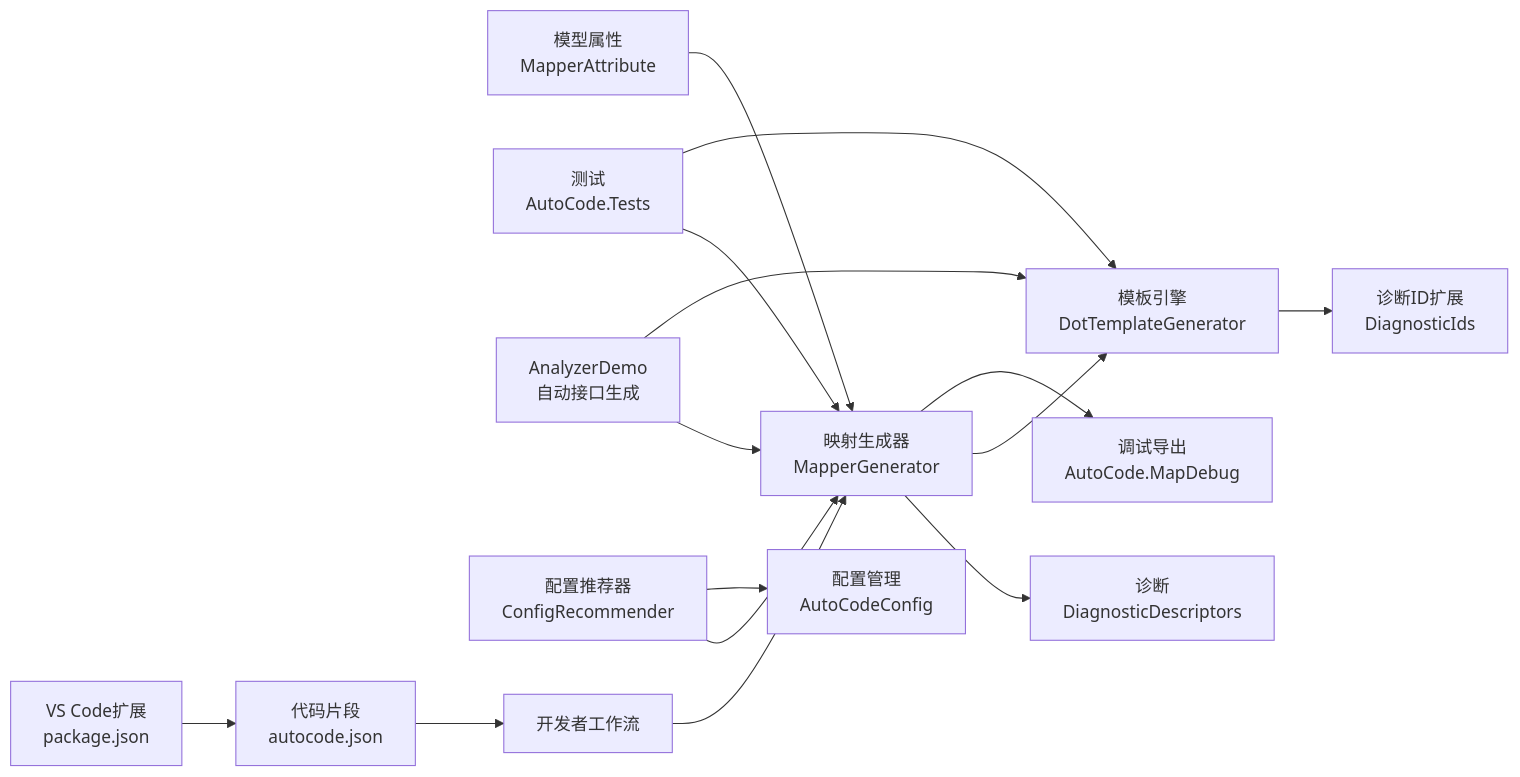
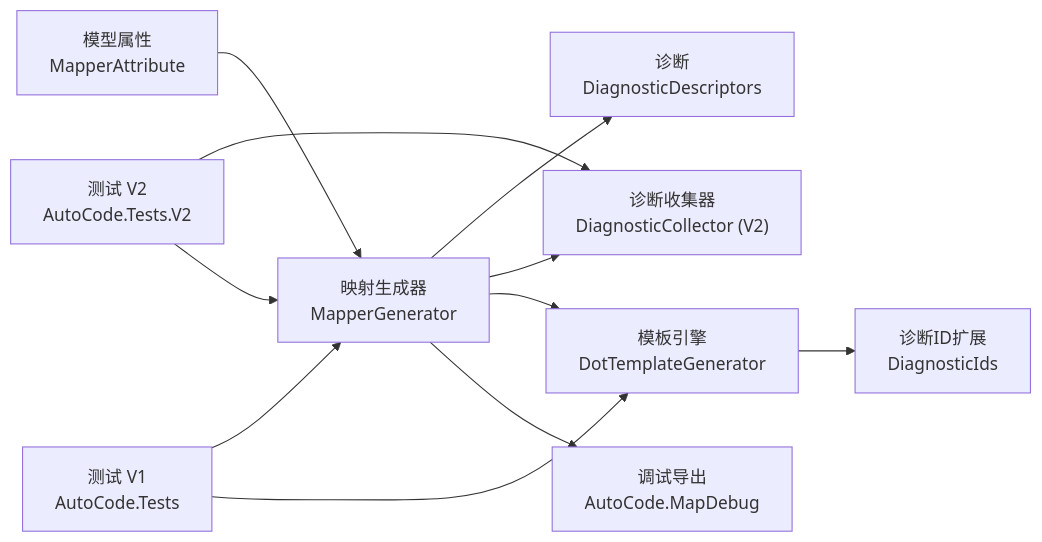
Before and after one commit to alivy/AutoCode: the fourth of 4 diagrams in .qoder/repowiki/zh/content/调试与诊断/调试与诊断.md, drawn with Mermaid. The commit also changed other lines of this file and 279 other files, not shown here.

````diff
--- a/.qoder/repowiki/zh/content/调试与诊断/调试与诊断.md
+++ b/.qoder/repowiki/zh/content/调试与诊断/调试与诊断.md
@@ -348,17 +265,13 @@
 ```mermaid
 graph LR
 Attr["模型属性<br/>MapperAttribute"] --> Gen["映射生成器<br/>MapperGenerator"]
 Gen --> Diag["诊断<br/>DiagnosticDescriptors"]
+Gen --> DC["诊断收集器<br/>DiagnosticCollector (V2)"]
 Gen --> Tpl["模板引擎<br/>DotTemplateGenerator"]
 Tpl --> DiagExt["诊断ID扩展<br/>DiagnosticIds"]
 Gen --> Debug["调试导出<br/>AutoCode.MapDebug"]
-Tests["测试<br/>AutoCode.Tests"] --> Gen
+Tests["测试 V1<br/>AutoCode.Tests"] --> Gen
 Tests --> Tpl
-ADemo["AnalyzerDemo<br/>自动接口生成"] --> Gen
-ADemo --> Tpl
-ConfigRec["配置推荐器<br/>ConfigRecommender"] --> Gen
-ConfigRec --> ConfigMgr["配置管理<br/>AutoCodeConfig"]
-VSC["VS Code扩展<br/>package.json"] --> Snip["代码片段<br/>autocode.json"]
-Snip --> Dev["开发者工作流"]
-Dev --> Gen
+TestsV2["测试 V2<br/>AutoCode.Tests.V2"] --> DC
+TestsV2 --> Gen
 ```
````
